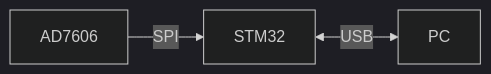
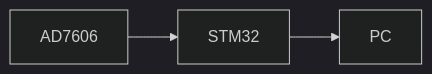
One commit to ShiMiaohui0426/ShiMiaohui0426.github.io changed the diagram in _experience/2019-Fall-1.md. Above: the diagram before and after it, drawn with Mermaid (dark theme). The commit also changed 1 other file, not shown here.

````diff
--- a/_experience/2019-Fall-1.md
+++ b/_experience/2019-Fall-1.md
@@ -22,5 +22,5 @@
 ```mermaid
     graph LR;
-AD7606 --SPI--> STM32
-STM32 <--USB--> PC
+AD7606 --> STM32
+STM32 --> PC
 ```
````
